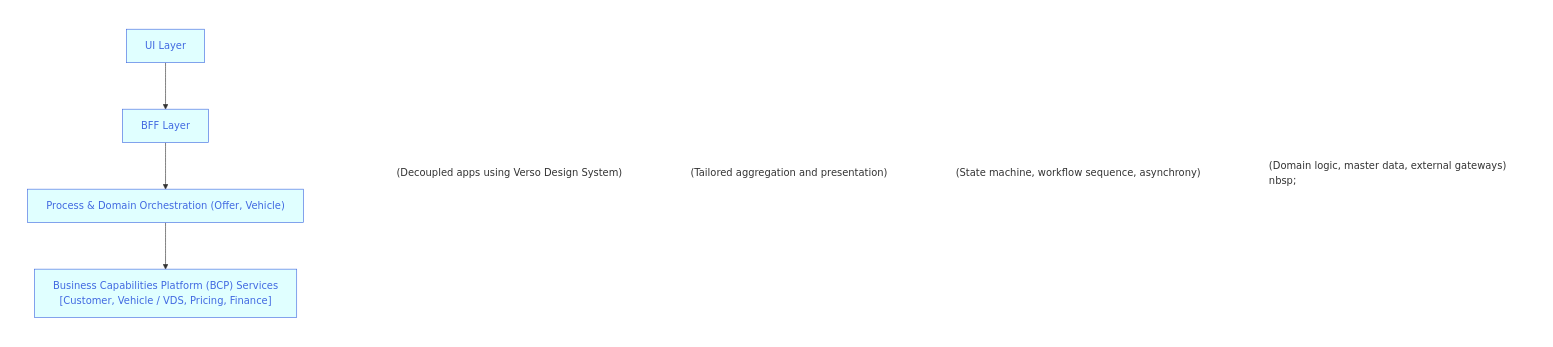
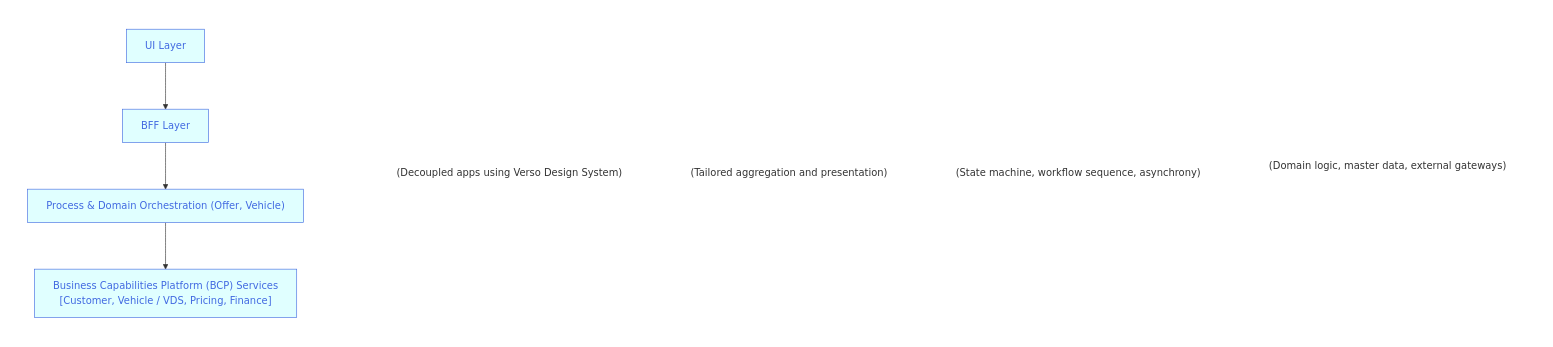
One commit to joe-dorward/samples changed the diagram in buttons_mermaid_v3.md. Above: the diagram before and after it, drawn with Mermaid.

````diff
--- a/buttons_mermaid_v3.md
+++ b/buttons_mermaid_v3.md
@@ -3,49 +3,49 @@
 ```mermaid
   %%{
     init: {"flowchart": { "markdownAutoWrap":"false", "textWrap":"false", "wrappingWidth": "100%" }
     }
   }%%
   flowchart LR
 
   classDef Button fill:lightcyan, stroke:royalblue, color:royalblue;
-  classDef Note fill:transparent, stroke:white, text-align:left;
+  classDef Note fill:transparent, stroke:transparent, text-align:left;
   %% ---------- ---------- ---------- ---------- ---------- ---------- ---------- ---------- ---------- ----------
   subgraph BUTTONS
     direction TD
 
     BUTTON_01["UI Layer"]:::Button
     click BUTTON_01 "https://en.wikipedia.org/wiki/Main_Page" _blank
 
     BUTTON_02["BFF Layer"]:::Button
     click BUTTON_02 "https://en.wikipedia.org/wiki/Main_Page" _blank
 
     BUTTON_03["Process & Domain Orchestration (Offer, Vehicle)"]:::Button
     click BUTTON_03 "https://en.wikipedia.org/wiki/Main_Page" _blank
 
     BUTTON_04["Business Capabilities Platform (BCP) Services<br/>[Customer, Vehicle / VDS, Pricing, Finance]"]:::Button
     click BUTTON_04 "https://en.wikipedia.org/wiki/Main_Page" _blank
   end
 
   %% ---------- ---------- ---------- ---------- ---------- ---------- ---------- ---------- ---------- ----------
   subgraph NOTES
     direction TD
     BUTTON_01_NOTE["(Decoupled apps using Verso Design System)"]:::Note
     BUTTON_02_NOTE["(Tailored aggregation and presentation)"]:::Note
     BUTTON_03_NOTE["(State machine, workflow sequence, asynchrony)"]:::Note
-    BUTTON_04_NOTE["(Domain logic, master data, external gateways)<br/>nbsp;"]:::Note
+    BUTTON_04_NOTE["(Domain logic, master data, external gateways)<br/>&nbsp;"]:::Note
   end
   %% ---------- ---------- ---------- ---------- ---------- ---------- ---------- ---------- ---------- ----------
   %% invisibly connect BUTTONS (sub-graph) to NOTES (sub-graph)
   BUTTONS~~~
   NOTES
   %% ---------- ---------- ---------- ---------- ---------- ---------- ---------- ---------- ---------- ----------
   %% connect buttons
   BUTTON_01-->
   BUTTON_02-->
   BUTTON_03-->
   BUTTON_04
   %% ---------- ---------- ---------- ---------- ---------- ---------- ---------- ---------- ---------- ----------
   style BUTTONS fill:transparent,color:white,stroke-width:0px
   style NOTES fill:transparent,color:white,stroke-width:0px
 
 ```
````
